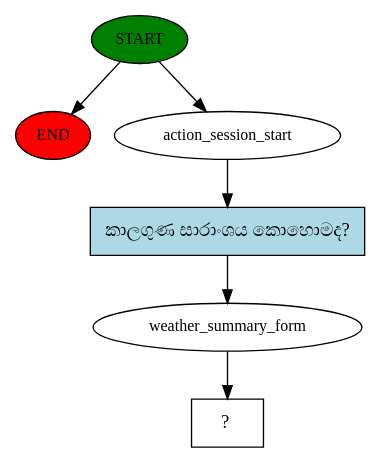
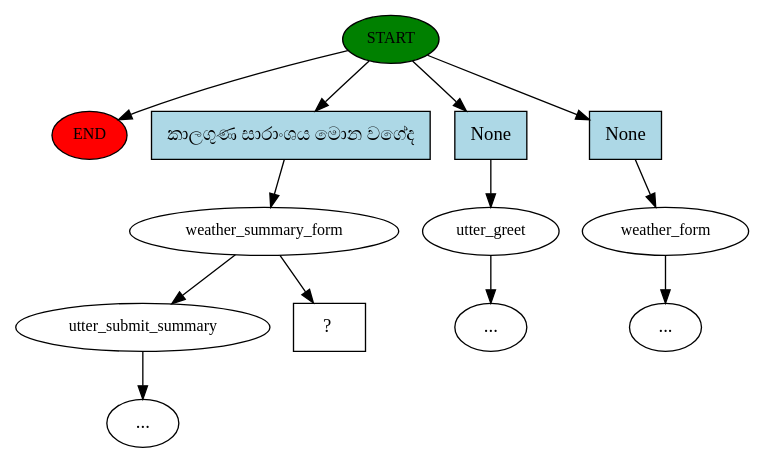
Before and after one commit to vimuth97/sinhala-weather-chatbot: the diagram in story_graph.dot, drawn with Graphviz. The commit also changed 3 other files, not shown here.

```diff
--- a/story_graph.dot
+++ b/story_graph.dot
@@ -1,13 +1,27 @@
 digraph  {
 0 [class="start active", fillcolor=green, fontsize=12, label=START, style=filled];
 "-1" [class=end, fillcolor=red, fontsize=12, label=END, style=filled];
-1 [class=active, fontsize=12, label=action_session_start];
-2 [class=active, fontsize=12, label=weather_summary_form];
-3 [class="intent dashed active", label="  ?  ", shape=rect];
-4 [class="intent active", fillcolor=lightblue, label="කාලගුණ සාරාංශය කොහොමද?", shape=rect, style=filled];
+1 [class=active, fontsize=12, label=weather_summary_form];
+2 [class="", fontsize=12, label=utter_submit_summary];
+"-4" [class=ellipsis, label="..."];
+5 [class="", fontsize=12, label=utter_greet];
+6 [class="", fontsize=12, label=weather_form];
+"-6" [class=ellipsis, label="..."];
+"-10" [class=ellipsis, label="..."];
+12 [class="intent dashed active", label="  ?  ", shape=rect];
+13 [class="intent active", fillcolor=lightblue, label="කාලගුණ සාරාංශය මොන වගේද", shape=rect, style=filled];
+14 [class=intent, fillcolor=lightblue, label=None, shape=rect, style=filled];
+15 [class=intent, fillcolor=lightblue, label=None, shape=rect, style=filled];
 0 -> "-1"  [class="", key=NONE, label=""];
-0 -> 1  [class=active, key=NONE, label=""];
-1 -> 4  [class=active, key=0];
-2 -> 3  [class=active, key=NONE, label=""];
-4 -> 2  [class=active, key=0];
+0 -> 13  [class=active, key=0];
+0 -> 14  [class="", key=0];
+0 -> 15  [class="", key=0];
+1 -> 2  [class="", key=NONE, label=""];
+1 -> 12  [class=active, key=NONE, label=""];
+2 -> "-4"  [class="", key=NONE, label=""];
+5 -> "-10"  [class="", key=NONE, label=""];
+6 -> "-6"  [class="", key=NONE, label=""];
+13 -> 1  [class=active, key=0];
+14 -> 5  [class="", key=0];
+15 -> 6  [class="", key=0];
 }
```
